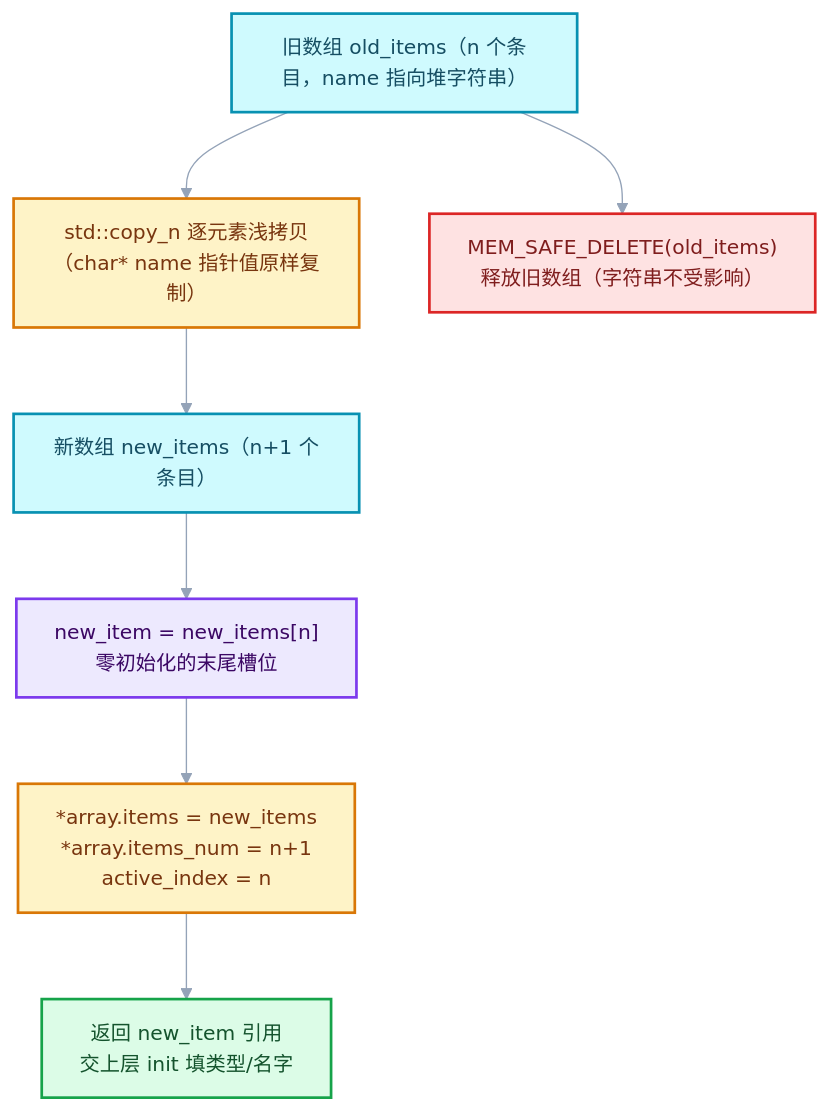
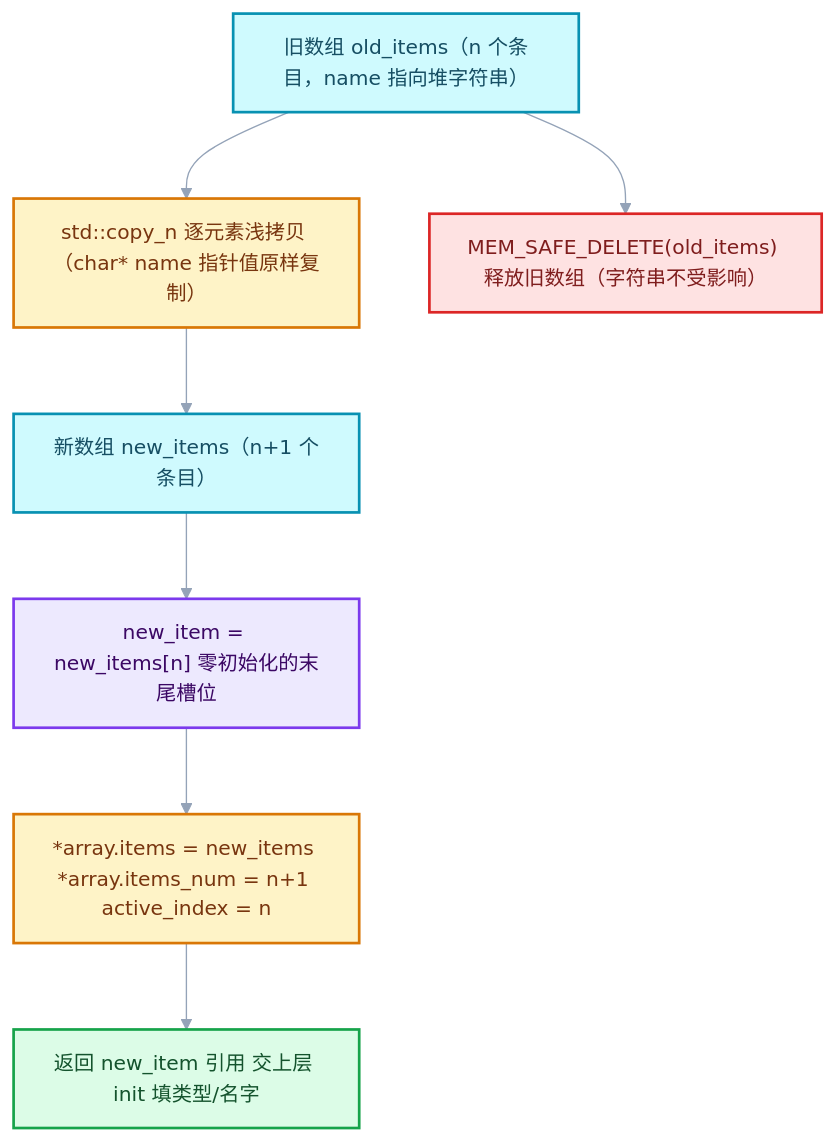
One commit to yunkezengren/blender-.vscode changed the second of 3 diagrams in 杂/markdown/重复区域-dsh/02-Repeat区域数据模型/03-SocketItems通用条目框架.md. Above: the diagram before and after it, drawn with Mermaid. The commit also changed other lines of this file and 27 other files, not shown here.

````diff
--- a/杂/markdown/重复区域-dsh/02-Repeat区域数据模型/03-SocketItems通用条目框架.md
+++ b/杂/markdown/重复区域-dsh/02-Repeat区域数据模型/03-SocketItems通用条目框架.md
@@ -920,25 +887,25 @@
 ```mermaid
 %%{init: {"theme":"base","themeVariables":{"fontFamily":"\"Segoe UI\",\"Microsoft YaHei\",sans-serif","fontSize":"15px","lineColor":"#94A3B8","edgeLabelBackground":"#FFFFFF","clusterBkg":"#F8FAFC","clusterBorder":"#CBD5E1"},"flowchart":{"htmlLabels":false,"curve":"basis","nodeSpacing":52,"rankSpacing":64,"padding":14,"diagramPadding":16,"useMaxWidth":true},"sequence":{"useMaxWidth":true,"wrap":true,"mirrorActors":false,"messageMargin":36}}}%%
 flowchart TB
   OLD["旧数组 old_items（n 个条目，name 指向堆字符串）"]:::data
   NEW["新数组 new_items（n+1 个条目）"]:::data
-  CP["std::copy_n 逐元素浅拷贝<br/>（char* name 指针值原样复制）"]:::compute
-  NI["new_item = new_items[n]<br/>零初始化的末尾槽位"]:::abstraction
-  SWAP["*array.items = new_items<br/>*array.items_num = n+1<br/>active_index = n"]:::compute
-  FREE["MEM_SAFE_DELETE(old_items)<br/>释放旧数组（字符串不受影响）"]:::error
-  RET["返回 new_item 引用<br/>交上层 init 填类型/名字"]:::result
+  CP["std::copy_n 逐元素浅拷贝 （char* name 指针值原样复制）"]:::compute
+  NI["new_item = new_items[n] 零初始化的末尾槽位"]:::abstraction
+  SWAP["*array.items = new_items *array.items_num = n+1 active_index = n"]:::compute
+  FREE["MEM_SAFE_DELETE(old_items) 释放旧数组（字符串不受影响）"]:::error
+  RET["返回 new_item 引用 交上层 init 填类型/名字"]:::result
 
   OLD --> CP
   CP --> NEW
   NEW --> NI
   NI --> SWAP
   OLD --> FREE
   SWAP --> RET
 
   classDef input fill:#DBEAFE,stroke:#2563EB,color:#172554,stroke-width:2px;
   classDef data fill:#CFFAFE,stroke:#0891B2,color:#164E63,stroke-width:2px;
   classDef abstraction fill:#EDE9FE,stroke:#7C3AED,color:#3B0764,stroke-width:2px;
   classDef compute fill:#FEF3C7,stroke:#D97706,color:#78350F,stroke-width:2px;
   classDef result fill:#DCFCE7,stroke:#16A34A,color:#14532D,stroke-width:2px;
   classDef error fill:#FEE2E2,stroke:#DC2626,color:#7F1D1D,stroke-width:2px;
 ```
````
